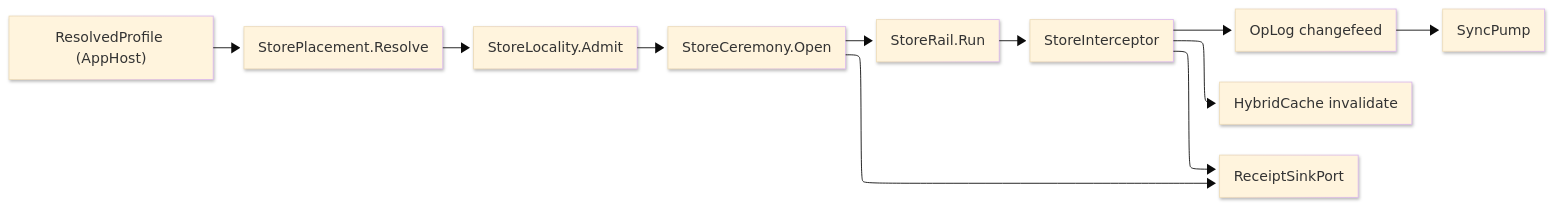
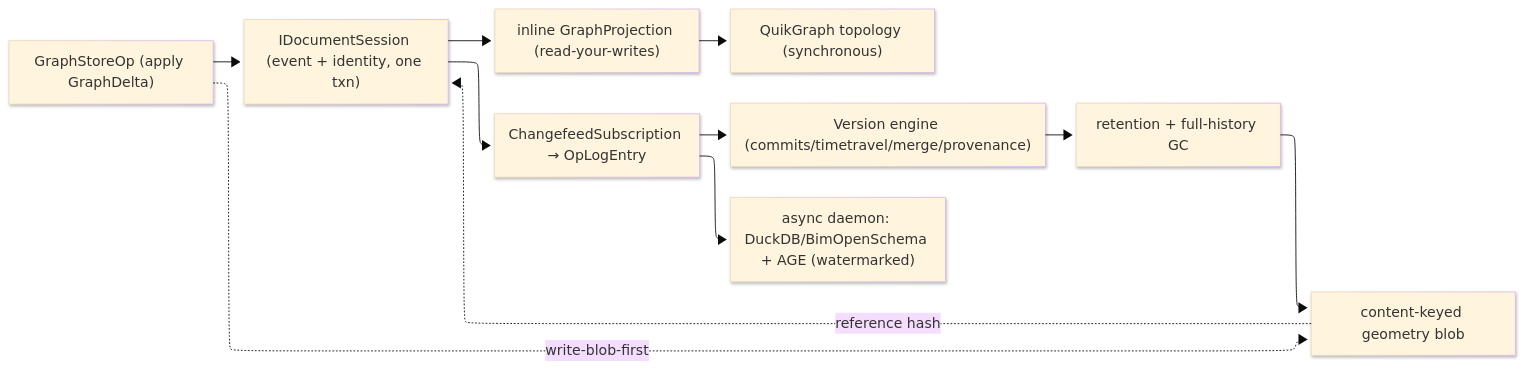
Before and after one commit to bsamiee/Rasm: the diagram in libs/csharp/Rasm.Persistence/ARCHITECTURE.md, drawn with Mermaid. The commit also changed other lines of this file and 145 other files, not shown here.

First line of the commit message:
element-seam: build Rasm.Element + rebuild Bim/Materials/Persistence/Compute (WF-2 checkpoint)

````diff
--- a/libs/csharp/Rasm.Persistence/ARCHITECTURE.md
+++ b/libs/csharp/Rasm.Persistence/ARCHITECTURE.md
@@ -102,21 +67,21 @@
 ```mermaid
 ---
 config:
   layout: elk
   look: neo
   theme: base
 ---
 flowchart LR
-    accTitle: Persistence store flow
-    accDescr: Resolved profile flows through placement, locality admission, the open ceremony, and the query rail into invalidation, changefeed, and receipt edges; the op-log feeds the sync pump.
-    ResolvedProfile["ResolvedProfile (AppHost)"] --> StorePlacement["StorePlacement.Resolve"]
-    StorePlacement --> StoreLocality["StoreLocality.Admit"]
-    StoreLocality --> StoreCeremony["StoreCeremony.Open"]
-    StoreCeremony --> StoreRail["StoreRail.Run"]
-    StoreRail --> StoreInterceptor["StoreInterceptor"]
-    StoreInterceptor --> OpLog["OpLog changefeed"]
-    StoreInterceptor --> HybridCache["HybridCache invalidate"]
-    StoreInterceptor --> ReceiptSinkPort["ReceiptSinkPort"]
-    StoreCeremony --> ReceiptSinkPort
-    OpLog --> SyncPump["SyncPump"]
+    accTitle: ElementGraph persistence flow
+    accDescr: A GraphStoreOp commits a GraphDelta event plus the identity row in one Marten session; the inline projection materializes the authoritative graph read-your-writes; the changefeed subscription feeds the version engine and the analytical lanes; the geometry blob writes content-first.
+    GraphStoreOp["GraphStoreOp (apply GraphDelta)"] --> Session["IDocumentSession (event + identity, one txn)"]
+    Session --> Inline["inline GraphProjection (read-your-writes)"]
+    Session --> Changefeed["ChangefeedSubscription → OpLogEntry"]
+    Inline --> Topology["QuikGraph topology (synchronous)"]
+    Changefeed --> Engine["Version engine (commits/timetravel/merge/provenance)"]
+    Changefeed --> Async["async daemon: DuckDB/BimOpenSchema + AGE (watermarked)"]
+    GraphStoreOp -.write-blob-first.-> BlobStore["content-keyed geometry blob"]
+    BlobStore -.reference hash.-> Session
+    Engine --> Retention["retention + full-history GC"]
+    Retention --> BlobStore
 ```
````
